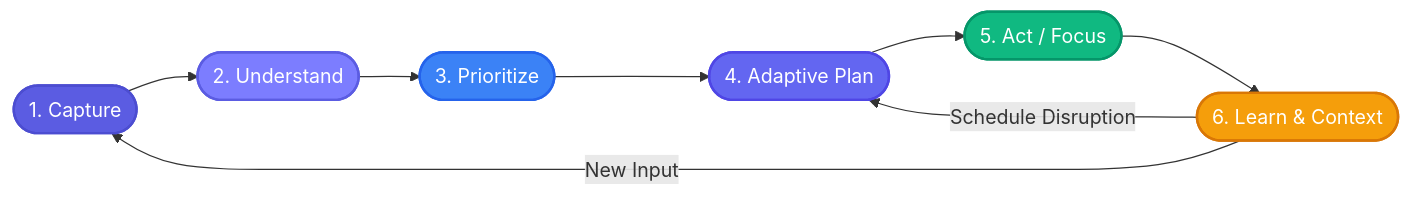
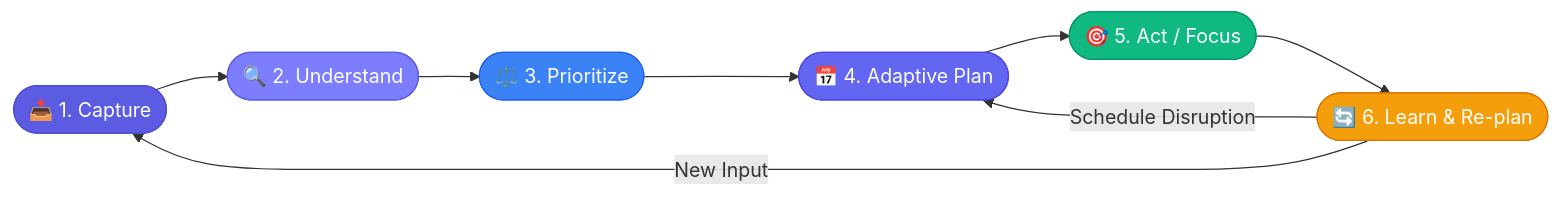
Before and after one commit to srinivas2s/flow: the first of 2 diagrams in README.md, drawn with Mermaid. The commit also changed other lines of this file, not shown here.

````diff
--- a/README.md
+++ b/README.md
@@ -65,17 +85,17 @@
 ```mermaid
 flowchart LR
-    A([1. Capture]) --> B([2. Understand])
-    B --> C([3. Prioritize])
-    C --> D([4. Adaptive Plan])
-    D --> E([5. Act / Focus])
-    E --> F([6. Learn & Context])
-    F -->|Schedule Disruption| D
-    F -->|New Input| A
-    
-    style A fill:#5B5CE2,stroke:#4C4DD1,stroke-width:2px,color:#fff
-    style B fill:#7C7DFF,stroke:#5B5CE2,stroke-width:2px,color:#fff
-    style C fill:#3B82F6,stroke:#2563EB,stroke-width:2px,color:#fff
-    style D fill:#6366F1,stroke:#4F46E5,stroke-width:2px,color:#fff
-    style E fill:#10B981,stroke:#059669,stroke-width:2px,color:#fff
-    style F fill:#F59E0B,stroke:#D97706,stroke-width:2px,color:#fff
+    A(["📥 1. Capture"])  --> B(["🔍 2. Understand"])
+    B                    --> C(["⚖️ 3. Prioritize"])
+    C                    --> D(["📅 4. Adaptive Plan"])
+    D                    --> E(["🎯 5. Act / Focus"])
+    E                    --> F(["🔄 6. Learn & Re-plan"])
+    F -- "Schedule Disruption" --> D
+    F -- "New Input"           --> A
+
+    style A fill:#5B5CE2,stroke:#4C4DD1,color:#fff
+    style B fill:#7C7DFF,stroke:#5B5CE2,color:#fff
+    style C fill:#3B82F6,stroke:#2563EB,color:#fff
+    style D fill:#6366F1,stroke:#4F46E5,color:#fff
+    style E fill:#10B981,stroke:#059669,color:#fff
+    style F fill:#F59E0B,stroke:#D97706,color:#fff
 ```
````
